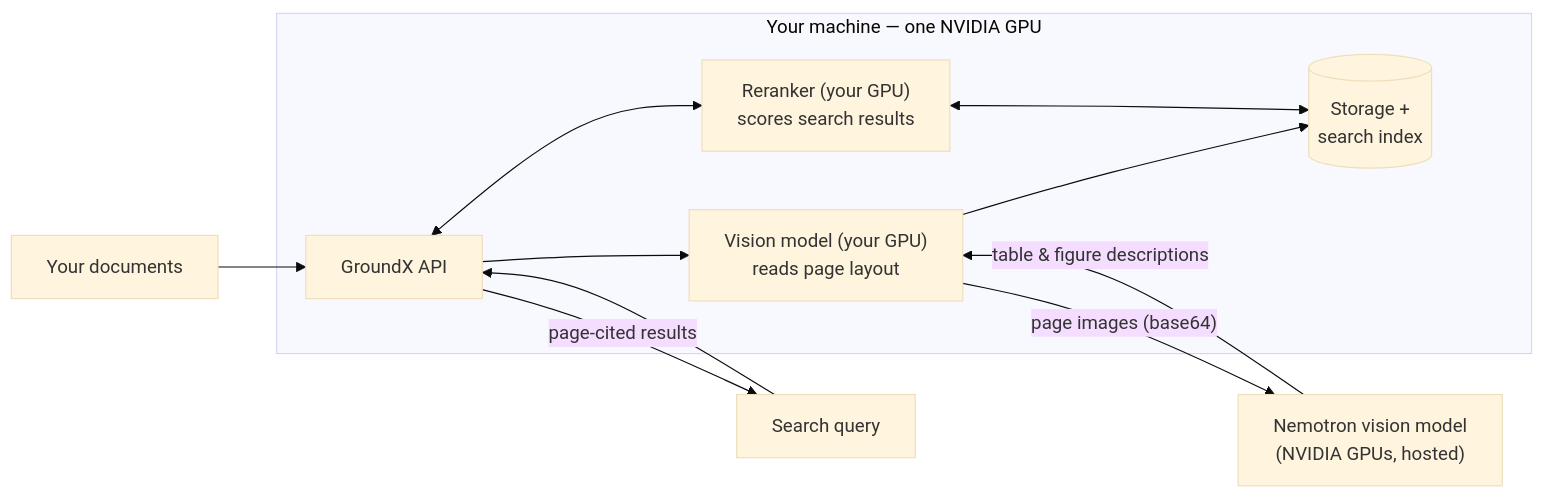
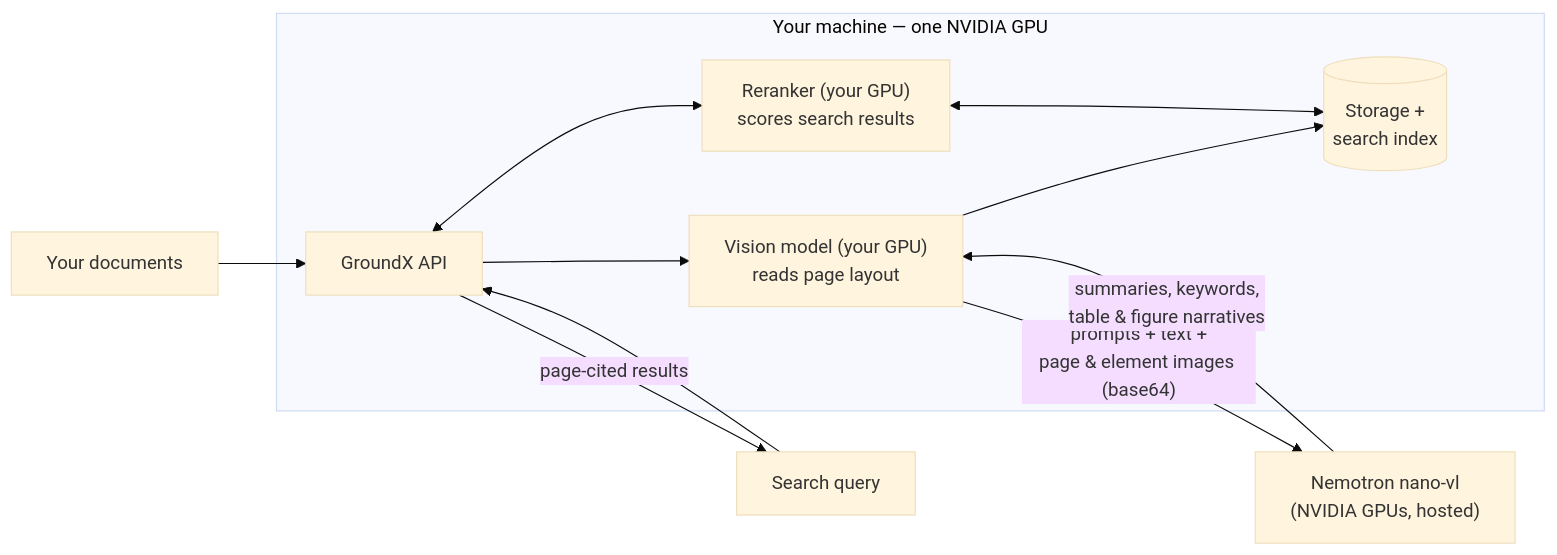
Before and after one commit to EyeLevel-ai/groundx-nvidia-quickstart: the diagram in deploy/README.md, drawn with Mermaid (base theme). The commit also changed other lines of this file and 3 other files, not shown here.

Commit message:
Ground the technical narrative in the platform docs: full engine payloads (prompts, text, images), full enrichment outputs, hybrid search described; lighter intro; harness integrated

````diff
--- a/deploy/README.md
+++ b/deploy/README.md
@@ -5,17 +5,17 @@
 ```mermaid
 flowchart LR
     subgraph M["Your machine — one NVIDIA GPU"]
         API["GroundX API"]
         V["Vision model (your GPU)<br/>reads page layout"]
         R["Reranker (your GPU)<br/>scores search results"]
         S[("Storage +<br/>search index")]
     end
-    N["Nemotron vision model<br/>(NVIDIA GPUs, hosted)"]
+    N["Nemotron nano-vl<br/>(NVIDIA GPUs, hosted)"]
     D["Your documents"] --> API --> V
-    V -->|"page images (base64)"| N
-    N -->|"table & figure descriptions"| V
+    V -->|"prompts + text +<br/>page & element images (base64)"| N
+    N -->|"summaries, keywords,<br/>table & figure narratives"| V
     V --> S
     Q["Search query"] --> API
     API <--> R <--> S
     API -->|"page-cited results"| Q
 ```
````
